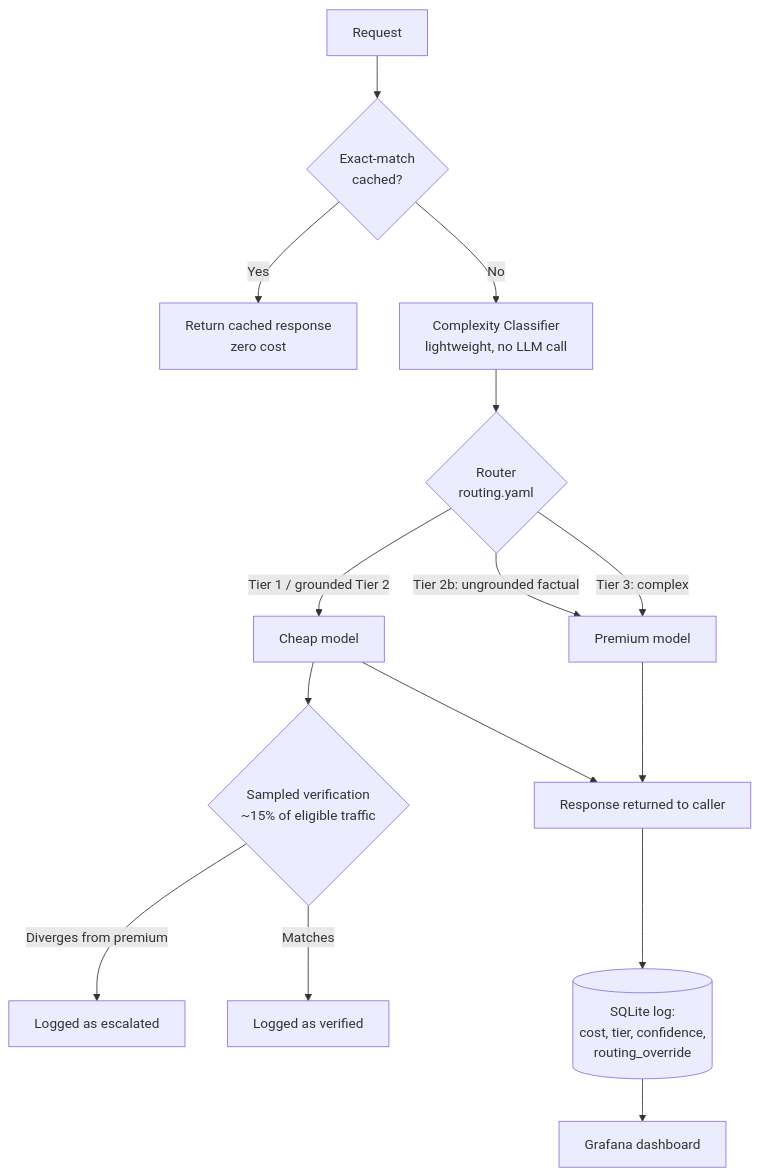
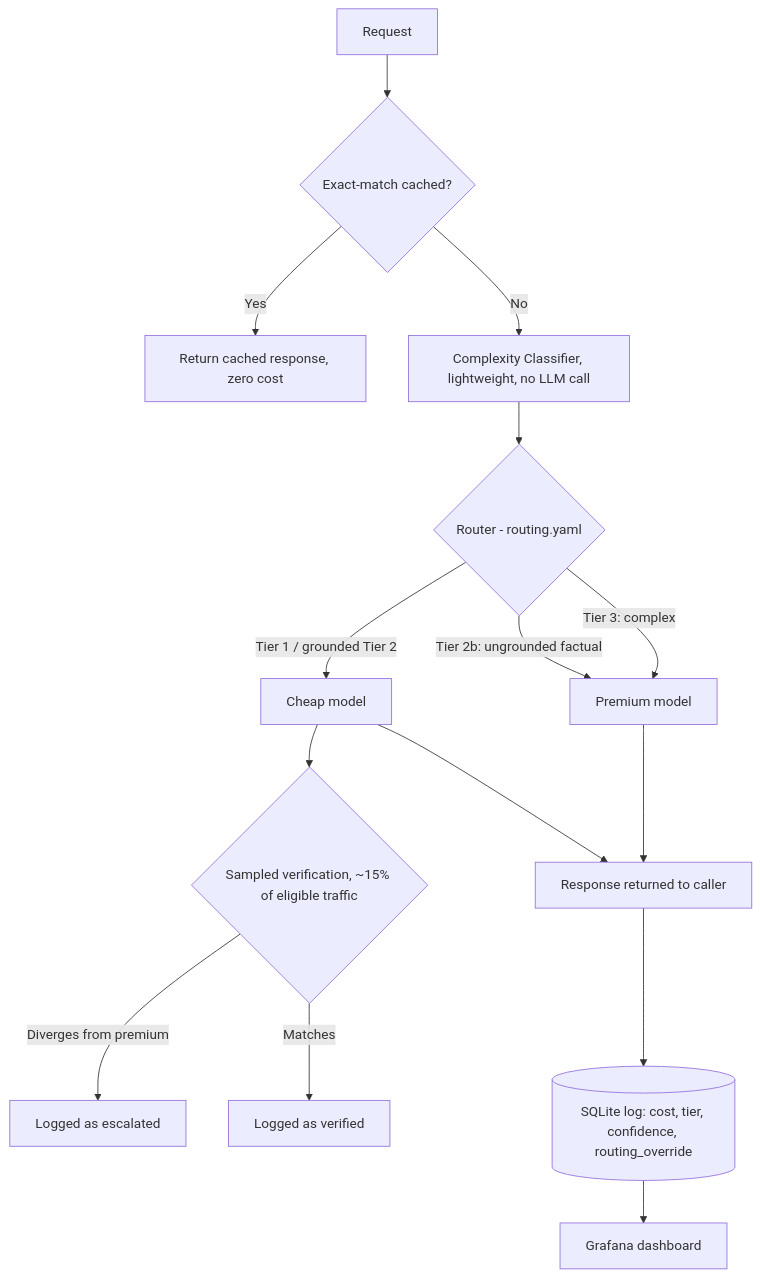
The diagram in README.md (Khushi-Tyagi9/llm-cost-autopilot), drawn with Mermaid before and after one commit. The commit also changed other lines of this file, not shown here.

````diff
--- a/README.md
+++ b/README.md
@@ -26,17 +26,17 @@
 ```mermaid
 flowchart TD
-    A[Request] --> B{Exact-match<br/>cached?}
-    B -->|Yes| C[Return cached response<br/>zero cost]
-    B -->|No| D[Complexity Classifier<br/>lightweight, no LLM call]
-    D --> E{Router<br/>routing.yaml}
+    A[Request] --> B{Exact-match cached?}
+    B -->|Yes| C[Return cached response, zero cost]
+    B -->|No| D[Complexity Classifier, lightweight, no LLM call]
+    D --> E{Router - routing.yaml}
     E -->|Tier 1 / grounded Tier 2| F[Cheap model]
     E -->|Tier 2b: ungrounded factual| G[Premium model]
     E -->|Tier 3: complex| G
-    F --> H{Sampled verification<br/>~15% of eligible traffic}
+    F --> H{Sampled verification, ~15% of eligible traffic}
     G --> I[Response returned to caller]
     F --> I
     H -->|Diverges from premium| J[Logged as escalated]
     H -->|Matches| K[Logged as verified]
-    I --> L[(SQLite log:<br/>cost, tier, confidence,<br/>routing_override)]
+    I --> L[(SQLite log: cost, tier, confidence, routing_override)]
     L --> M[Grafana dashboard]
 ```
````
